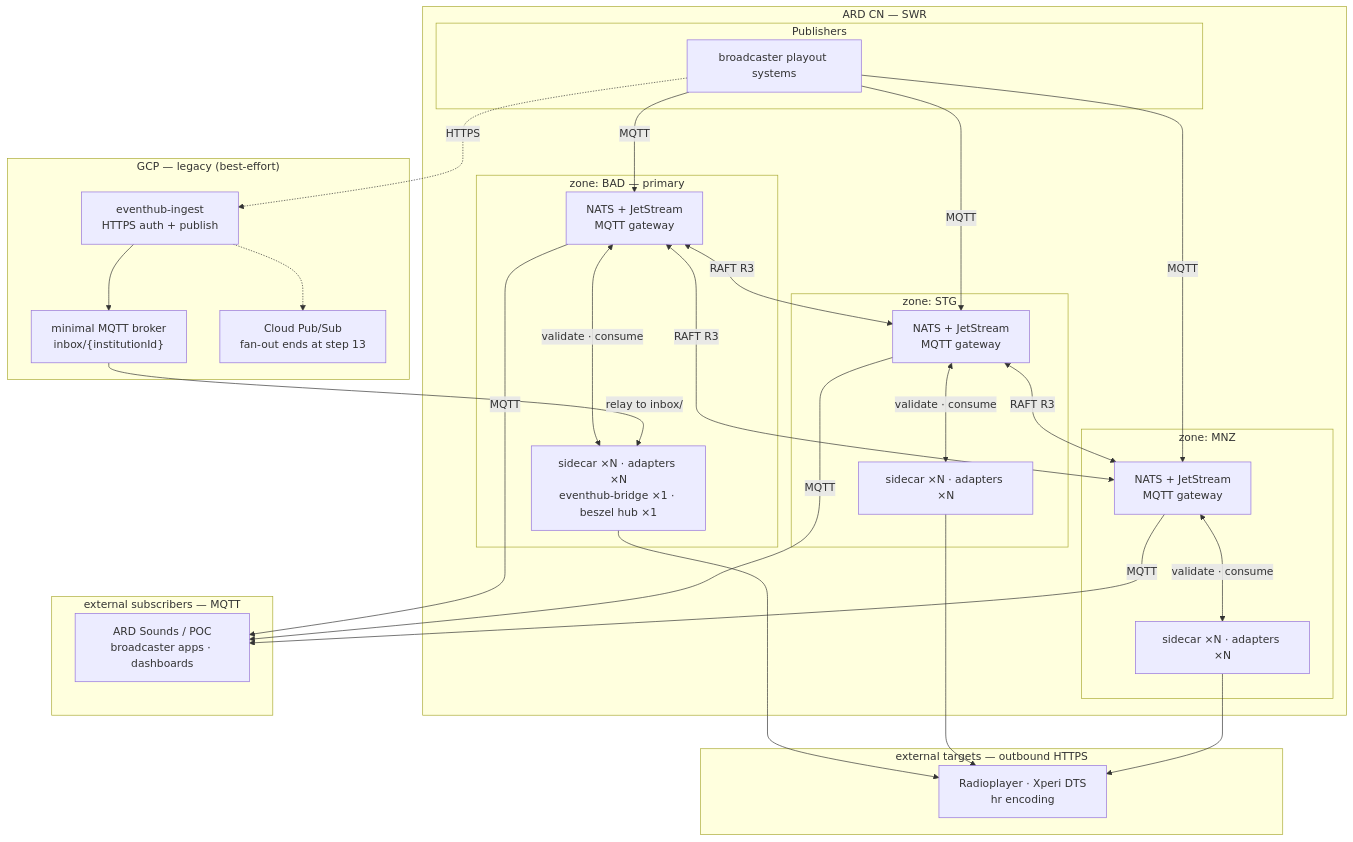
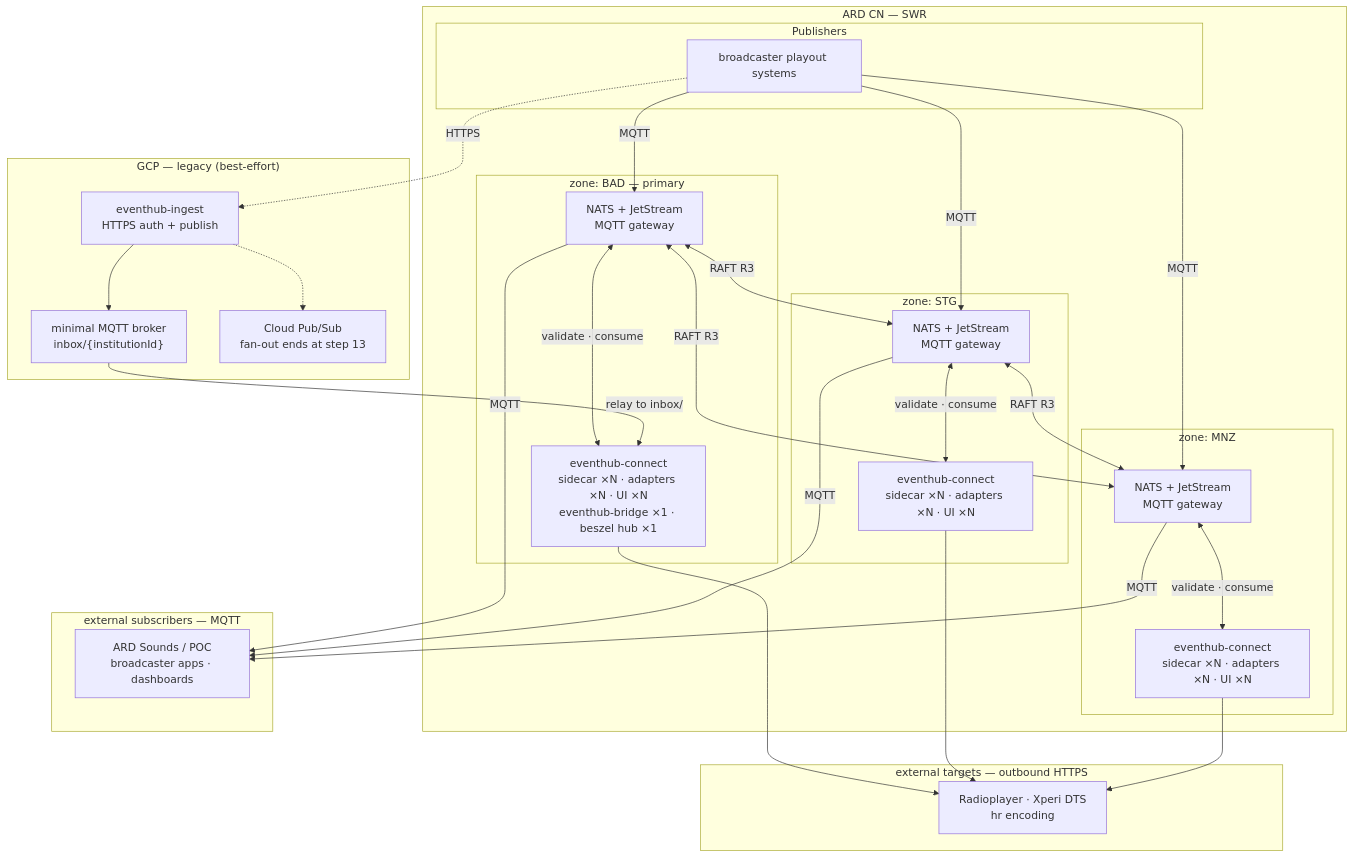
The diagram in docs/context-rfc/0002-eventhub-v3-connect.md (swrlab/ard-eventhub), drawn with Mermaid before and after one commit. The commit also changed other lines of this file, not shown here.

````diff
--- a/docs/context-rfc/0002-eventhub-v3-connect.md
+++ b/docs/context-rfc/0002-eventhub-v3-connect.md
@@ -135,62 +138,62 @@
 ```mermaid
 flowchart TB
     subgraph GCP["GCP — legacy (best-effort)"]
         EI["eventhub-ingest<br/>HTTPS auth + publish"]
         MQ["minimal MQTT broker<br/>inbox/{institutionId}"]
         PS["Cloud Pub/Sub<br/>fan-out ends at step 13"]
         EI --> MQ
         EI -.-> PS
     end
 
     subgraph CN["ARD CN — SWR"]
         subgraph Publishers
             P1[broadcaster playout systems]
         end
 
         subgraph BAD["zone: BAD — primary"]
             NB["NATS + JetStream<br/>MQTT gateway"]
-            CB["sidecar ×N · adapters ×N<br/>eventhub-bridge ×1 · beszel hub ×1"]
+            CB["eventhub-connect<br/>sidecar ×N · adapters ×N · UI ×N<br/>eventhub-bridge ×1 · beszel hub ×1"]
         end
 
         subgraph STG["zone: STG"]
             NS["NATS + JetStream<br/>MQTT gateway"]
-            CS["sidecar ×N · adapters ×N"]
+            CS["eventhub-connect<br/>sidecar ×N · adapters ×N · UI ×N"]
         end
 
         subgraph MNZ["zone: MNZ"]
             NZ["NATS + JetStream<br/>MQTT gateway"]
-            CZ["sidecar ×N · adapters ×N"]
+            CZ["eventhub-connect<br/>sidecar ×N · adapters ×N · UI ×N"]
         end
 
         NB <-->|RAFT R3| NS
         NS <-->|RAFT R3| NZ
         NZ <-->|RAFT R3| NB
     end
 
     subgraph EXT["external targets — outbound HTTPS"]
         T1["Radioplayer · Xperi DTS<br/>hr encoding"]
     end
 
     subgraph SUB["external subscribers — MQTT"]
         S1["ARD Sounds / POC<br/>broadcaster apps · dashboards"]
     end
 
     P1 -- MQTT --> NB
     P1 -- MQTT --> NS
     P1 -- MQTT --> NZ
     P1 -. HTTPS .-> EI
 
     NB <-->|validate · consume| CB
     NS <-->|validate · consume| CS
     NZ <-->|validate · consume| CZ
 
     MQ -->|relay to inbox/| CB
 
     CB --> T1
     CS --> T1
     CZ --> T1
 
     NB -- MQTT --> S1
     NS -- MQTT --> S1
     NZ -- MQTT --> S1
 ```
````
